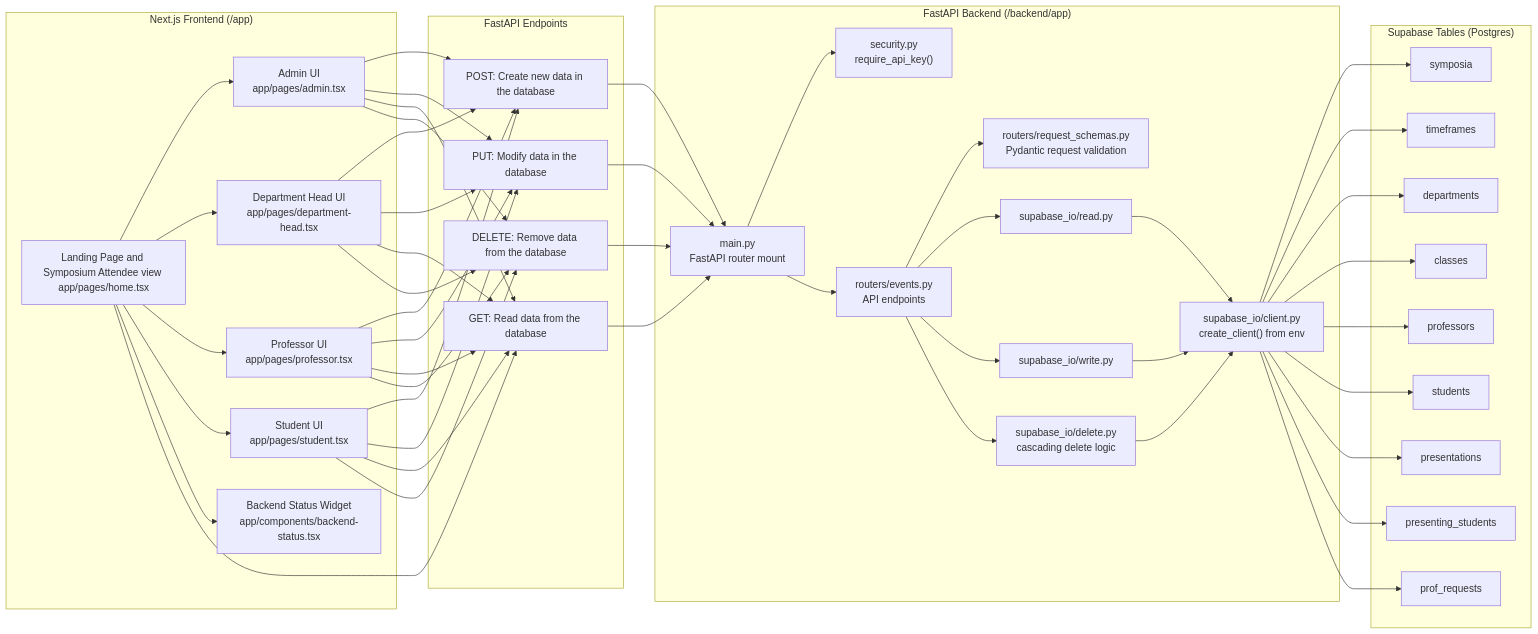
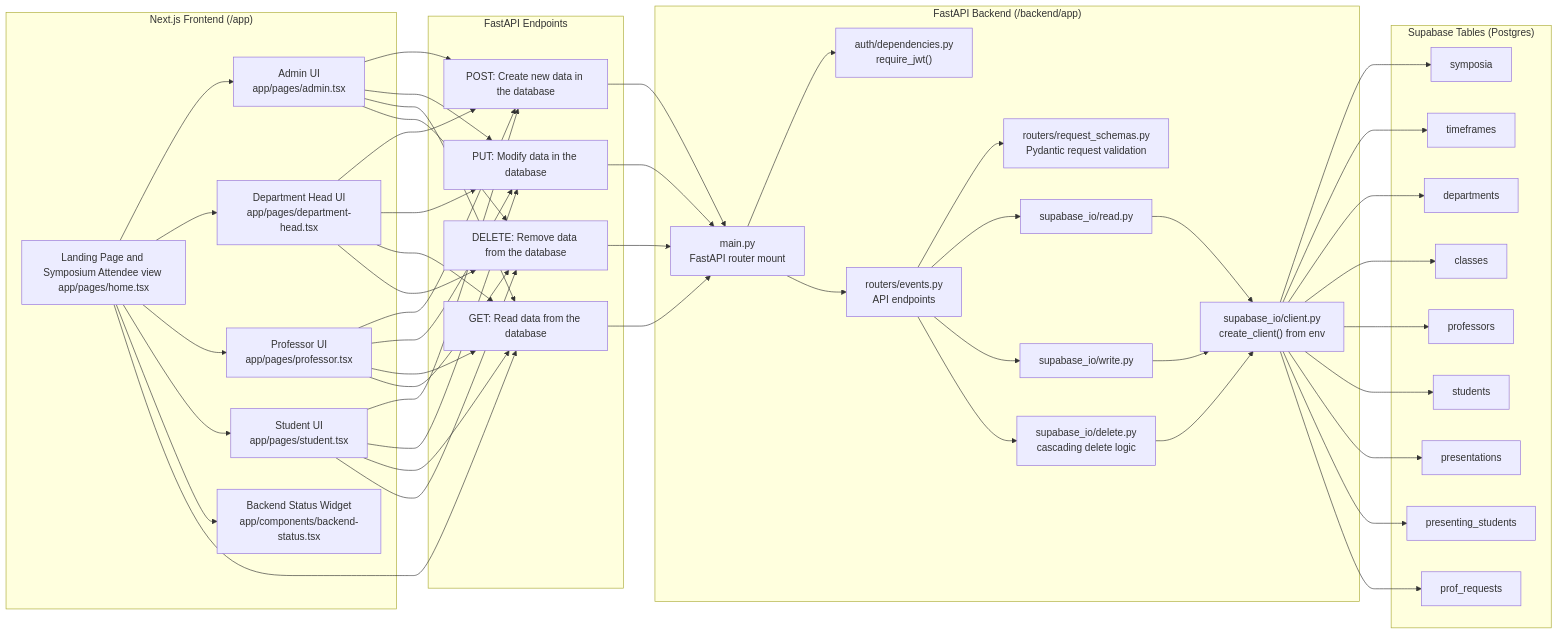
The diagram in docs/structural_diagram_old.md (occscheduler-blip/conference-scheduler), drawn with Mermaid before and after one commit. The commit also changed other lines of this file and 88 other files, not shown here.

```diff
--- a/docs/structural_diagram_old.md
+++ b/docs/structural_diagram_old.md
@@ -21,7 +21,7 @@
 
   subgraph API["FastAPI Backend (/backend/app)"]
     Main["main.py<br/>FastAPI router mount"]
-    Security["security.py<br/>require_api_key()"]
+    Security["auth/dependencies.py<br/>require_jwt()"]
     Events["routers/events.py<br/>API endpoints"]
     ReqSchemas["routers/request_schemas.py<br/>Pydantic request validation"]
     IORead["supabase_io/read.py"]
```
